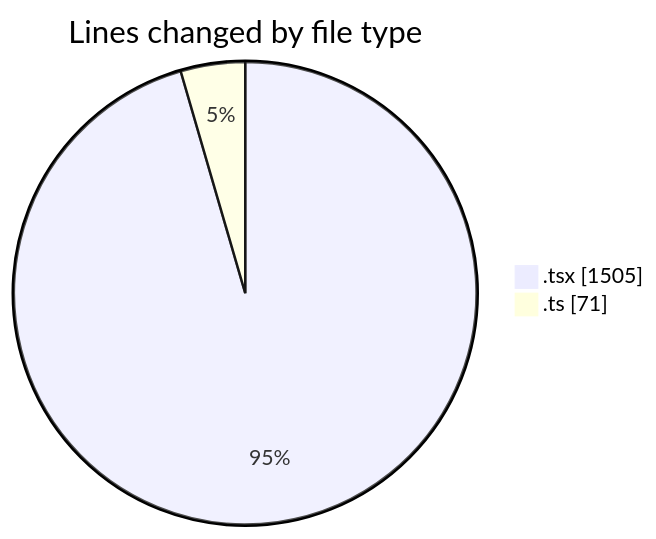
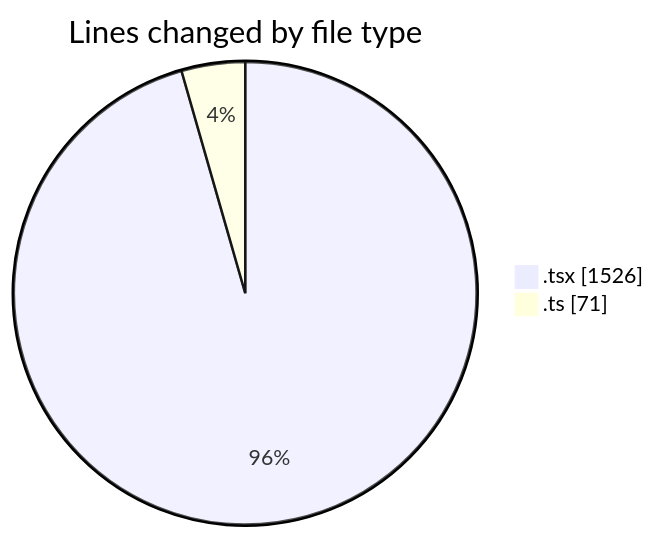
The first of 2 diagrams in 2025-02-11/cda/README.md (momahboobian/code-tracking), drawn with Mermaid before and after one commit. The commit also changed other lines of this file and 1 other file, not shown here.

````diff
--- a/2025-02-11/cda/README.md
+++ b/2025-02-11/cda/README.md
@@ -23,6 +23,6 @@
 ```mermaid
 pie showData
 title Lines changed by file type
-".tsx" : 1505
+".tsx" : 1526
 ".ts" : 71
 ```
````
